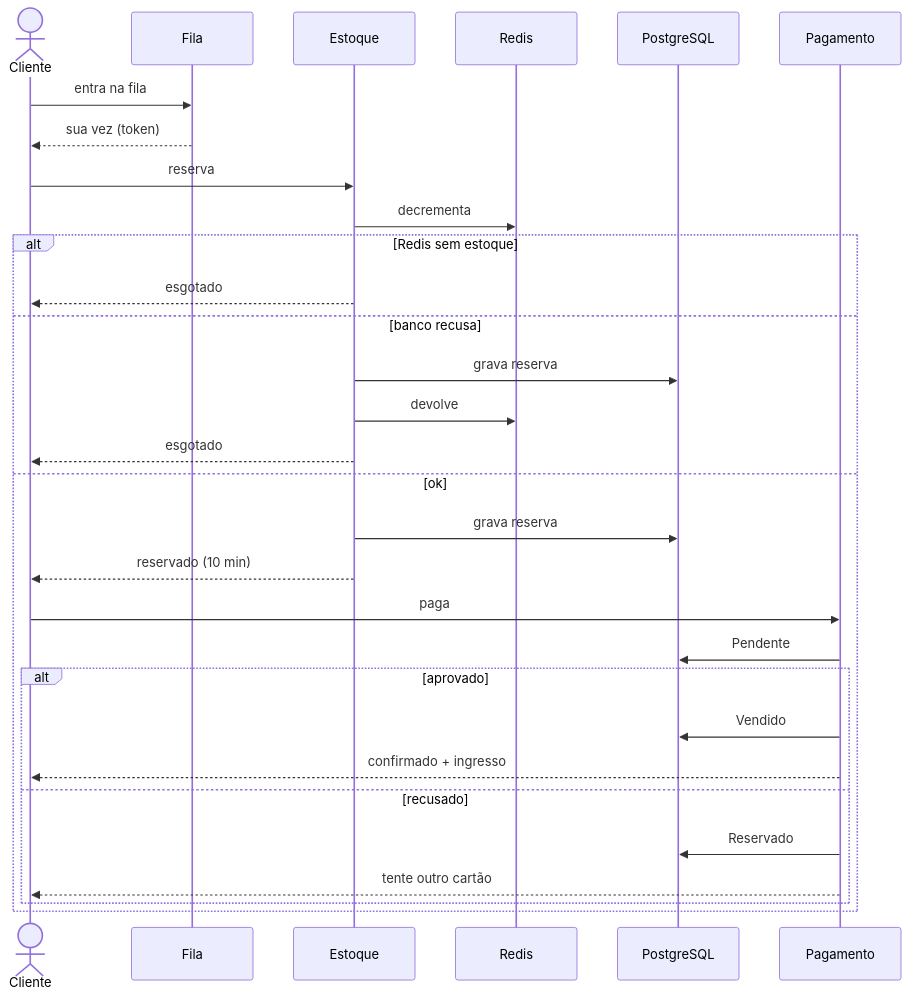
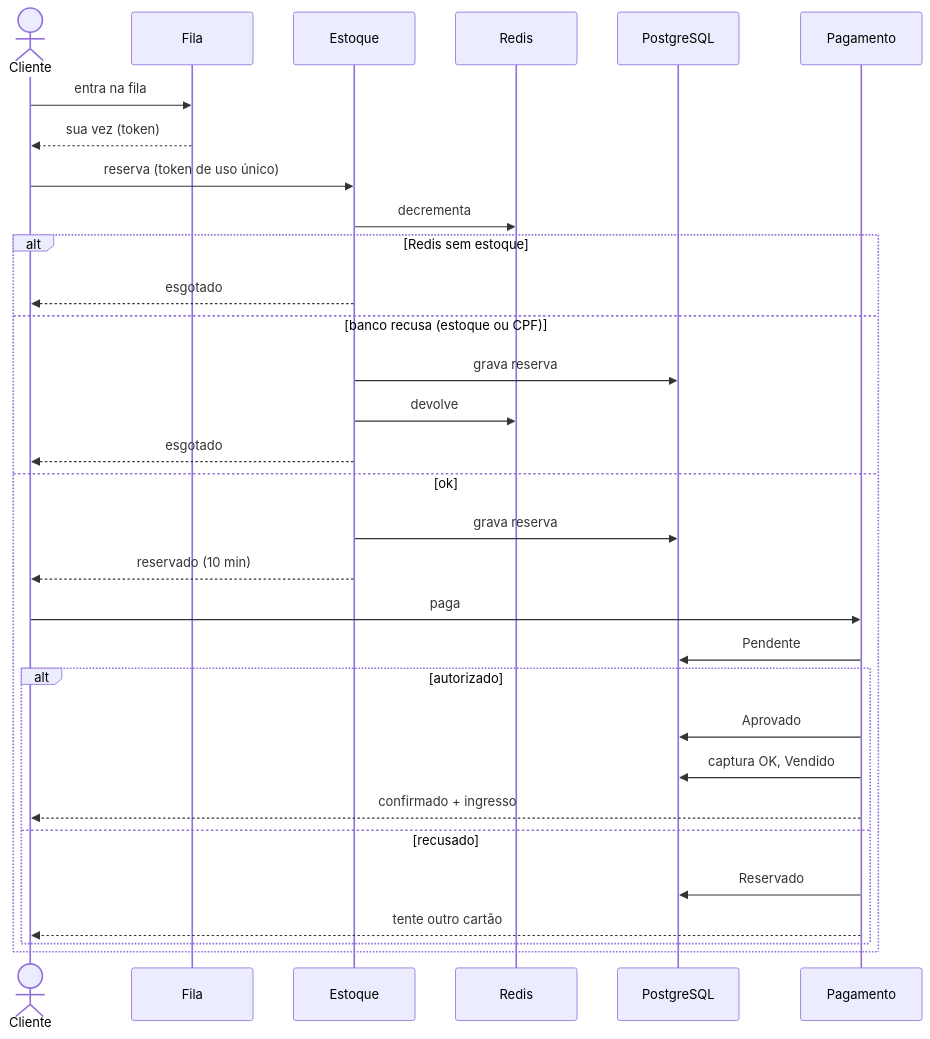
Before and after one commit to viniciusnau/rock-in-rio-ticketing-architecture: the third of 3 diagrams in README.md, drawn with Mermaid. The commit also changed other lines of this file, not shown here.

Commit message:
Add per-CPF limit, capture state and failure recovery to architecture

````diff
--- a/README.md
+++ b/README.md
@@ -126,33 +142,34 @@
 ```mermaid
 sequenceDiagram
     actor C as Cliente
     participant F as Fila
     participant E as Estoque
     participant R as Redis
     participant P as PostgreSQL
     participant PG as Pagamento
 
     C->>F: entra na fila
     F-->>C: sua vez (token)
-    C->>E: reserva
+    C->>E: reserva (token de uso único)
     E->>R: decrementa
     alt Redis sem estoque
         E-->>C: esgotado
-    else banco recusa
+    else banco recusa (estoque ou CPF)
         E->>P: grava reserva
         E->>R: devolve
         E-->>C: esgotado
     else ok
         E->>P: grava reserva
         E-->>C: reservado (10 min)
         C->>PG: paga
         PG->>P: Pendente
-        alt aprovado
-            PG->>P: Vendido
+        alt autorizado
+            PG->>P: Aprovado
+            PG->>P: captura OK, Vendido
             PG-->>C: confirmado + ingresso
         else recusado
             PG->>P: Reservado
             PG-->>C: tente outro cartão
         end
     end
 ```
````
